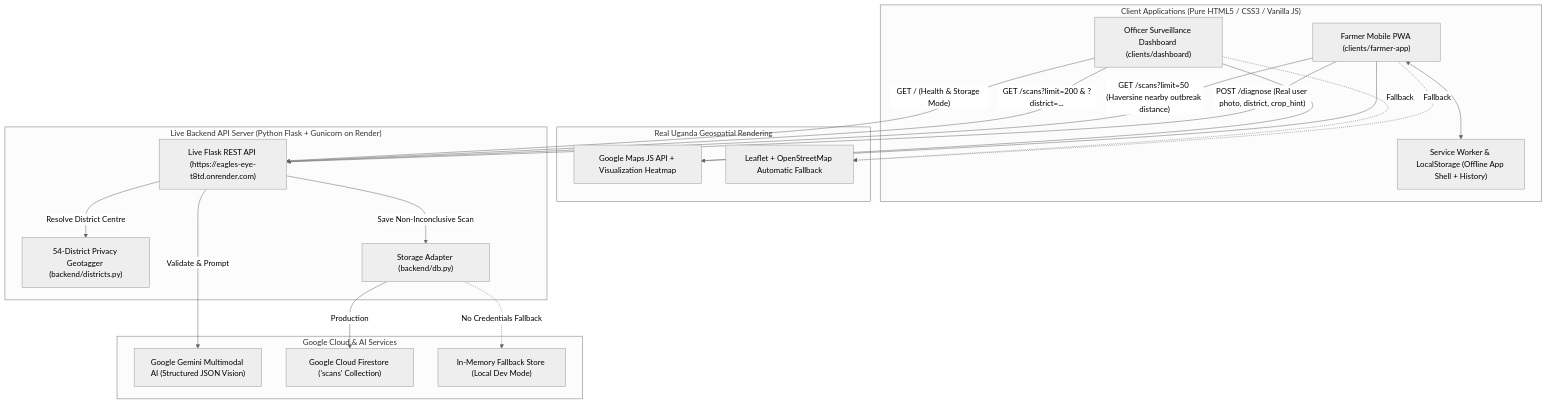
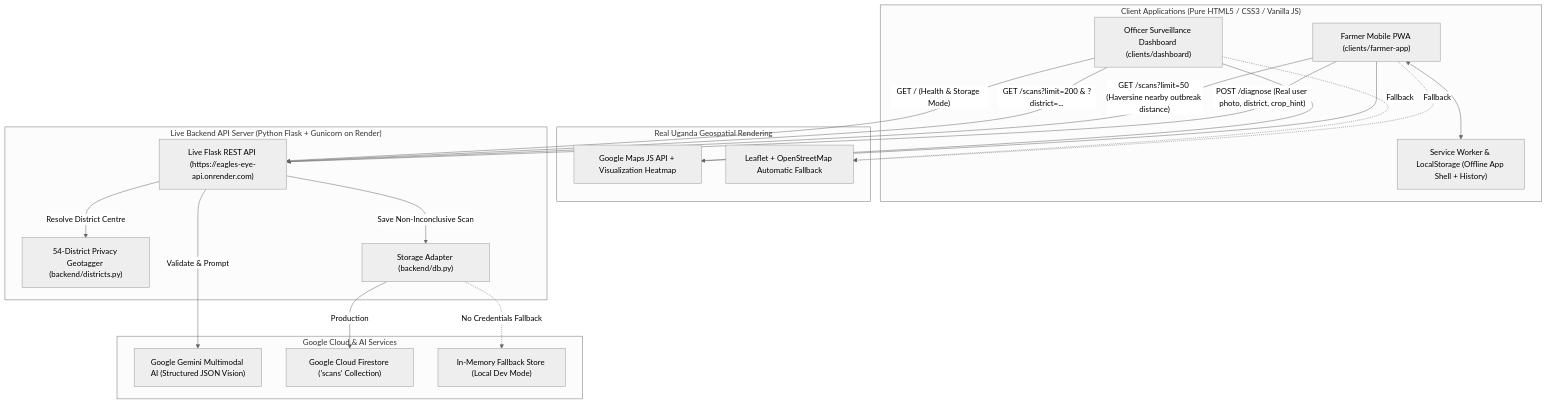
Before and after one commit to Wasswa-Phen/eagles-eye: the first of 4 diagrams in README.md, drawn with Mermaid (neutral theme). The commit also changed other lines of this file and 10 other files, not shown here.

````diff
--- a/README.md
+++ b/README.md
@@ -22,42 +22,42 @@
 ```mermaid
 flowchart TD
     subgraph Clients["Client Applications (Pure HTML5 / CSS3 / Vanilla JS)"]
         FA["Farmer Mobile PWA (clients/farmer-app)"]
         DB["Officer Surveillance Dashboard (clients/dashboard)"]
         SW["Service Worker & LocalStorage (Offline App Shell + History)"]
         FA <--> SW
     end
 
     subgraph Maps["Real Uganda Geospatial Rendering"]
         GM["Google Maps JS API + Visualization Heatmap"]
         LF["Leaflet + OpenStreetMap Automatic Fallback"]
     end
 
     subgraph Backend["Live Backend API Server (Python Flask + Gunicorn on Render)"]
-        API["Live Flask REST API (https://eagles-eye-t8td.onrender.com)"]
+        API["Live Flask REST API (https://eagles-eye-api.onrender.com)"]
         DIST["54-District Privacy Geotagger (backend/districts.py)"]
         STORE["Storage Adapter (backend/db.py)"]
     end
 
     subgraph Cloud["Google Cloud & AI Services"]
         GEM["Google Gemini Multimodal AI (Structured JSON Vision)"]
         FS["Google Cloud Firestore ('scans' Collection)"]
         MEM["In-Memory Fallback Store (Local Dev Mode)"]
     end
 
     FA -->|"POST /diagnose (Real user photo, district, crop_hint)"| API
     FA -->|"GET /scans?limit=50 (Haversine nearby outbreak distance)"| API
     DB -->|"GET /scans?limit=200 & ?district=..."| API
     DB -->|"GET / (Health & Storage Mode)"| API
 
     FA --> GM
     FA -.->|"Fallback"| LF
     DB --> GM
     DB -.->|"Fallback"| LF
 
     API -->|"Validate & Prompt"| GEM
     API -->|"Resolve District Centre"| DIST
     API -->|"Save Non-Inconclusive Scan"| STORE
     STORE -->|"Production"| FS
     STORE -.->|"No Credentials Fallback"| MEM
 ```
````
